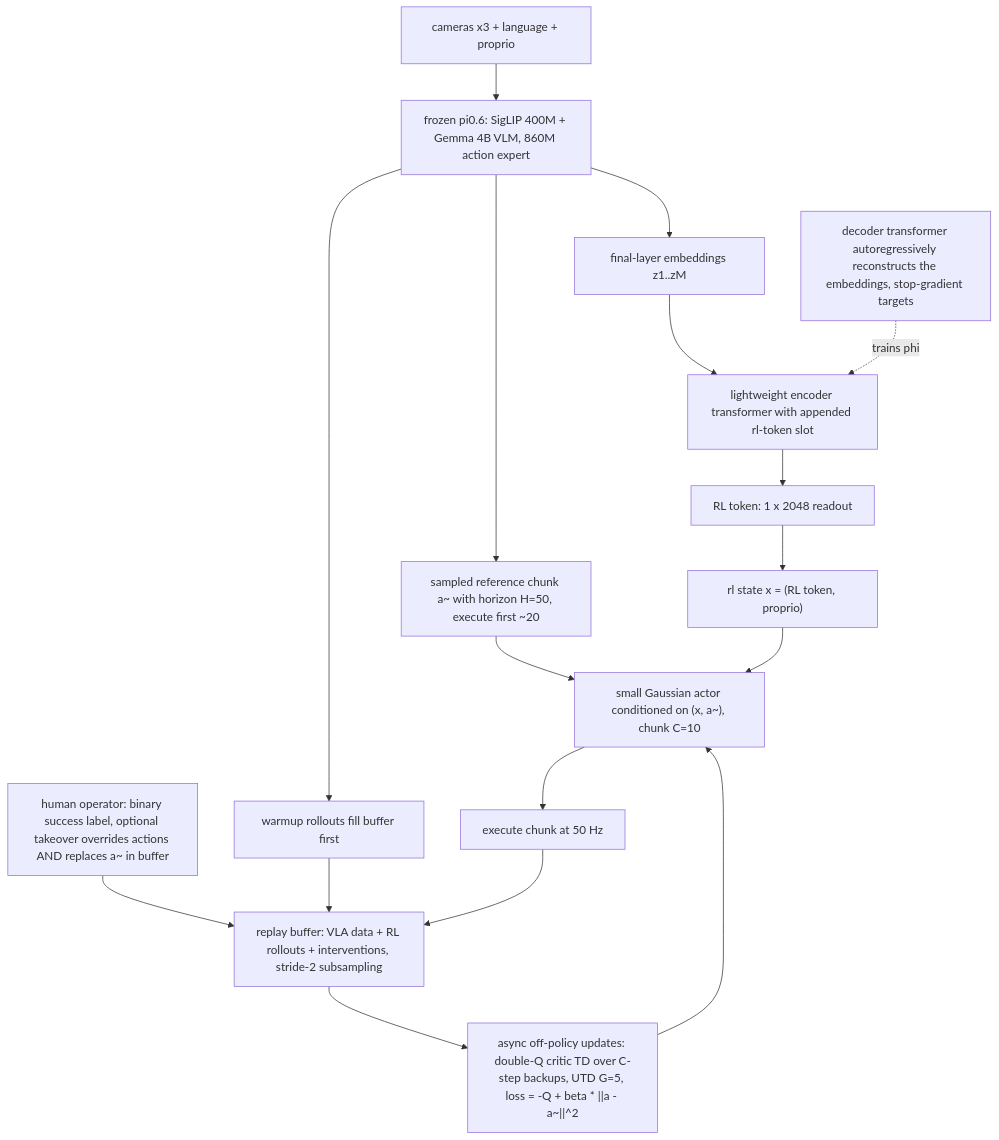
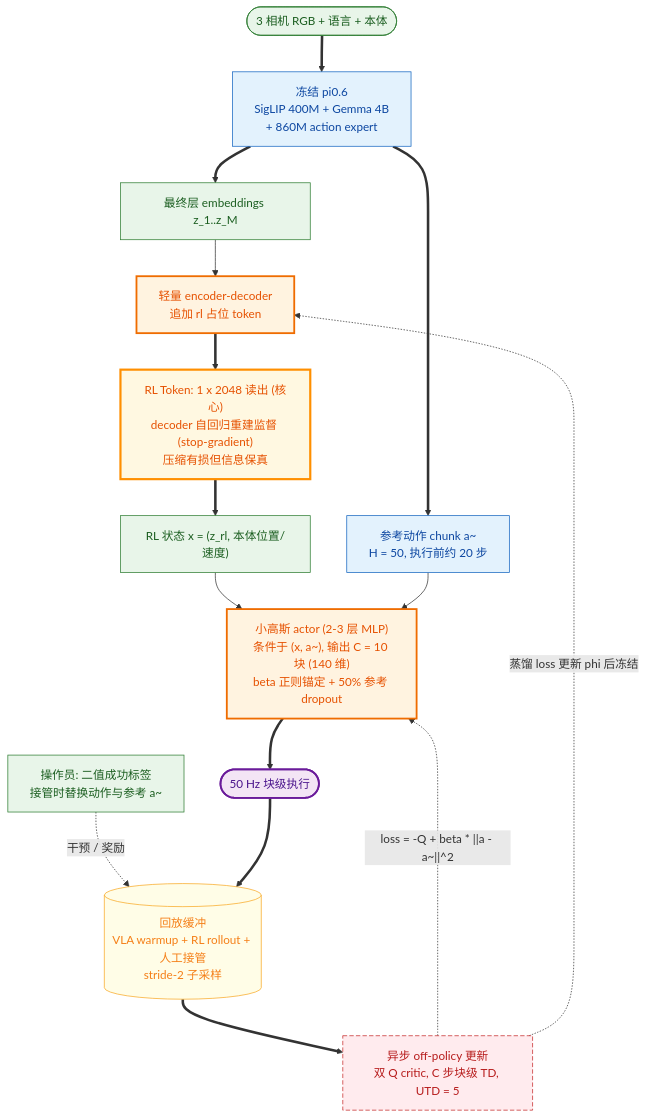
One commit to luohu-arch/physical_intelligence_study changed the diagram in notes/rl/vla/rl-token.md. Above: the diagram before and after it, drawn with Mermaid. The commit also changed 153 other files, not shown here.

````diff
--- a/notes/rl/vla/rl-token.md
+++ b/notes/rl/vla/rl-token.md
@@ -74,17 +74,43 @@
 ```mermaid
+%%{init: {
+  'theme':'base',
+  'themeVariables':{
+    'primaryColor':'#fafbfd','primaryBorderColor':'#4a5d7d','primaryTextColor':'#1f2937',
+    'fontFamily':'"PingFang SC","Hiragino Sans GB","Microsoft YaHei",sans-serif',
+    'fontSize':'14px','clusterBkg':'#fbfcfe','clusterBorder':'#b9c6d8','edgeLabelBackground':'#ffffff'
+  },
+  'flowchart':{'curve':'basis','nodeSpacing':26,'rankSpacing':42,'padding':10}
+}}%%
 flowchart TB
-    IN["cameras x3 + language + proprio"] --> VLA["frozen pi0.6: SigLIP 400M + Gemma 4B VLM, 860M action expert"]
-    VLA --> EMB["final-layer embeddings z1..zM"]
-    EMB --> ENC["lightweight encoder transformer with appended rl-token slot"] --> TOK["RL token: 1 x 2048 readout"]
-    DEC["decoder transformer autoregressively reconstructs the embeddings, stop-gradient targets"] -.->|"trains phi"| ENC
-    TOK --> STATE["rl state x = (RL token, proprio)"]
-    VLA --> REF["sampled reference chunk a~ with horizon H=50, execute first ~20"]
-    REF --> ACTOR["small Gaussian actor conditioned on (x, a~), chunk C=10"]
-    STATE --> ACTOR
-    ACTOR --> EXEC["execute chunk at 50 Hz"]
-    HUM["human operator: binary success label, optional takeover overrides actions AND replaces a~ in buffer"] --> BUF
-    VLA --> WARM["warmup rollouts fill buffer first"] --> BUF["replay buffer: VLA data + RL rollouts + interventions, stride-2 subsampling"]
-    EXEC --> BUF
-    BUF --> UPD["async off-policy updates: double-Q critic TD over C-step backups, UTD G=5, loss = -Q + beta * ||a - a~||^2"]
-    UPD --> ACTOR
+    IN(["3 相机 RGB + 语言 + 本体"]) ==> VLA["冻结 pi0.6<br/>SigLIP 400M + Gemma 4B<br/>+ 860M action expert"]
+    VLA ==> EMB["最终层 embeddings z_1..z_M"]
+    EMB --> ENC["轻量 encoder-decoder<br/>追加 rl 占位 token"]
+    ENC ==> TOK["RL Token: 1 x 2048 读出 (核心)<br/>decoder 自回归重建监督 (stop-gradient)<br/>压缩有损但信息保真"]
+    TOK ==> X["RL 状态 x = (z_rl, 本体位置/速度)"]
+    VLA ==> REF["参考动作 chunk a~<br/>H = 50, 执行前约 20 步"]
+    X --> ACT["小高斯 actor (2-3 层 MLP)<br/>条件于 (x, a~), 输出 C = 10 块 (140 维)<br/>beta 正则锚定 + 50% 参考 dropout"]
+    REF --> ACT
+    ACT ==> EXEC(["50 Hz 块级执行"])
+    HUM["操作员: 二值成功标签<br/>接管时替换动作与参考 a~"] -.->|"干预 / 奖励"| BUF
+    EXEC ==> BUF[("回放缓冲<br/>VLA warmup + RL rollout + 人工接管<br/>stride-2 子采样")]
+    BUF ==> UPD["异步 off-policy 更新<br/>双 Q critic, C 步块级 TD, UTD = 5"]
+    UPD -.->|"loss = -Q + beta * ||a - a~||^2"| ACT
+    UPD -.->|"蒸馏 loss 更新 phi 后冻结"| ENC
+
+    class IN,EMB,X data
+    class VLA,REF frozen
+    class ENC train
+    class TOK key
+    class ACT train
+    class EXEC act
+    class HUM data
+    class BUF mem
+    class UPD loss
+    classDef data fill:#e8f5e9,stroke:#2e7d32,color:#1b5e20
+    classDef frozen fill:#e3f2fd,stroke:#1565c0,color:#0d47a1
+    classDef train fill:#fff3e0,stroke:#ef6c00,stroke-width:2.5px,color:#e65100
+    classDef key fill:#fff8e1,stroke:#ff8f00,stroke-width:3px,color:#e65100
+    classDef act fill:#f3e5f5,stroke:#6a1b9a,stroke-width:2.5px,color:#4a148c
+    classDef mem fill:#fffde7,stroke:#f9a825,color:#f57f17
+    classDef loss fill:#ffebee,stroke:#c62828,stroke-dasharray:6 3,color:#b71c1c
 ```
````
